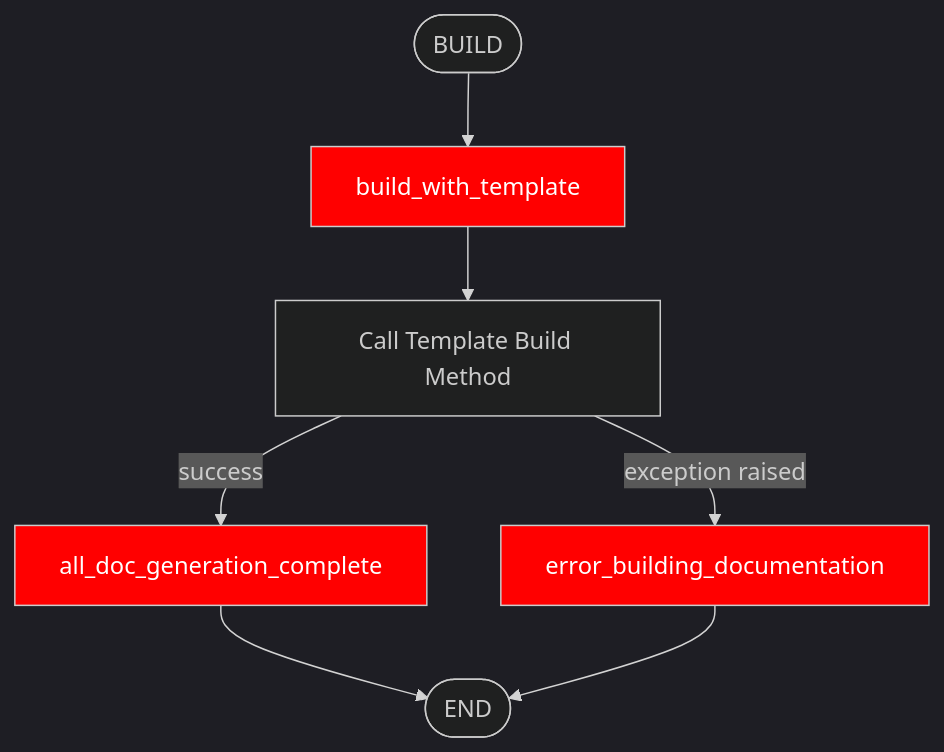
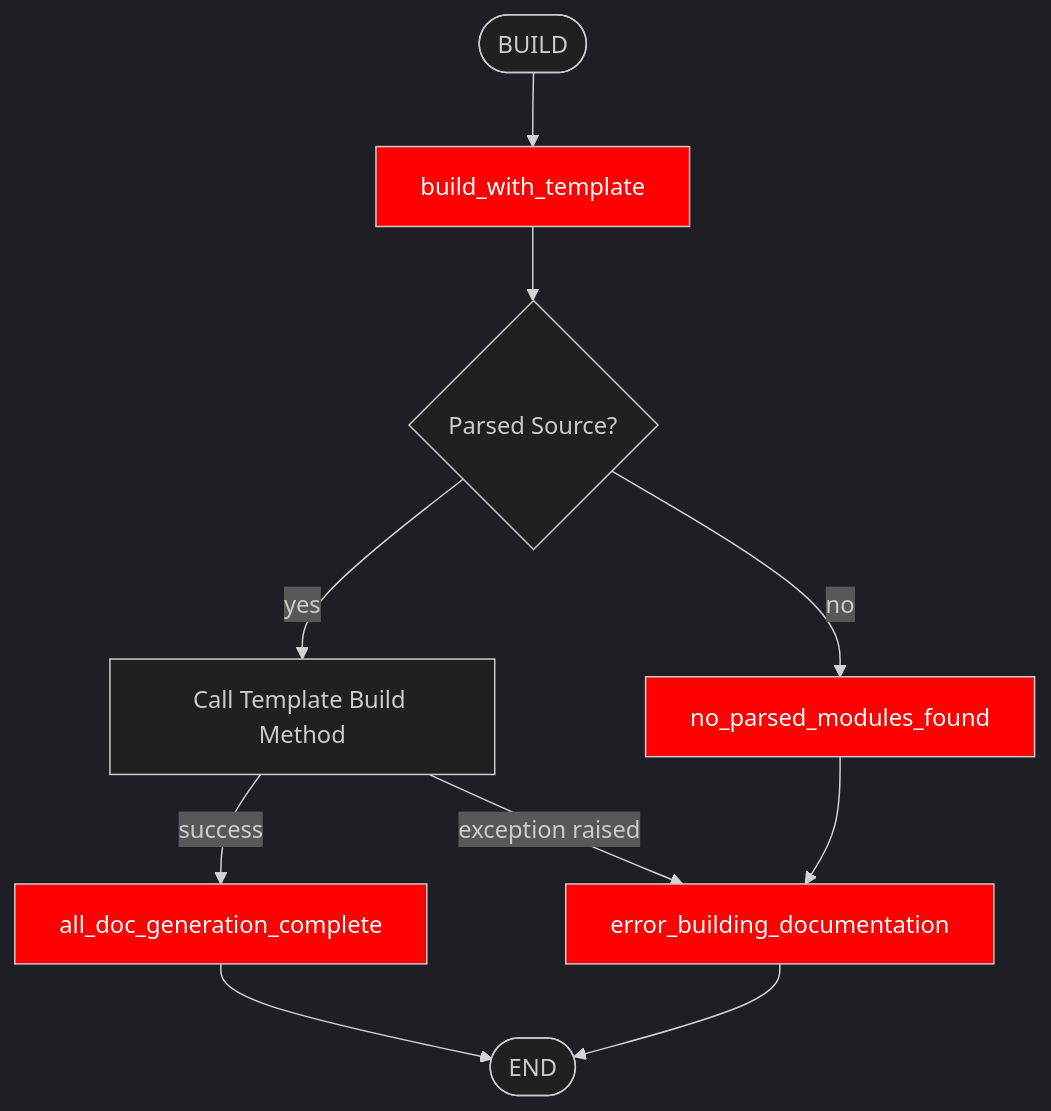
Before and after one commit to GraphicArtQuest/GraphicDocs: the third of 3 diagrams in docs/core.md, drawn with Mermaid. The commit also changed 2 other files, not shown here.

Commit message:
feat(core): add the `no_parsed_modules_found` hook
This hook acts as a guard to prevent trying to build if there is no
parsed data to use.

````diff
--- a/docs/core.md
+++ b/docs/core.md
@@ -200,14 +200,17 @@
 ```mermaid
 %%{init: { 'theme':'dark', 'sequence': {'useMaxWidth':false} } }%%
 graph TD
     classDef action fill:red,color:white;
     classDef filter fill:blue,color:white;
 
     BUILD([BUILD]) --> build_with_template:::action
-    build_with_template --> template_build[Call Template Build Method]
+    build_with_template --> parsed_source_exists{Parsed Source?}
+
+    parsed_source_exists --> |yes| template_build[Call Template Build Method]
+    parsed_source_exists --> |no| no_parsed_modules_found:::action --> error_building_documentation
 
     template_build --> |success|all_doc_generation_complete:::action --> END
     template_build --> |exception raised|error_building_documentation:::action --> END
 
     END([END])
 ```
````
